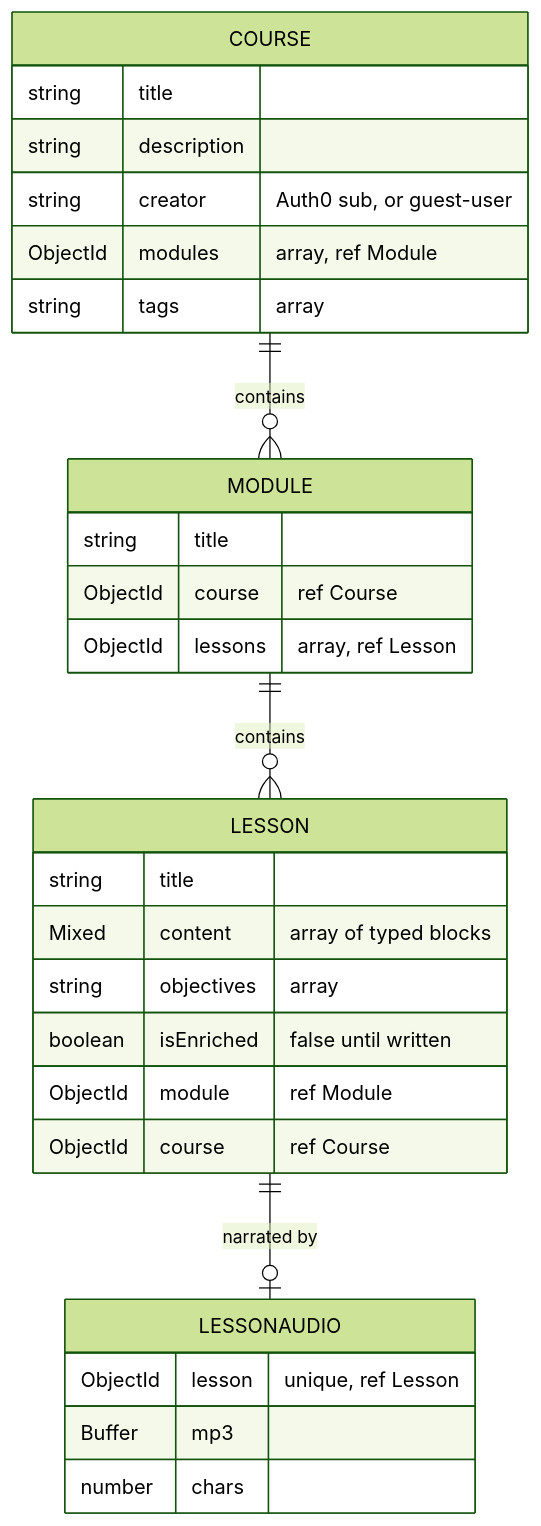
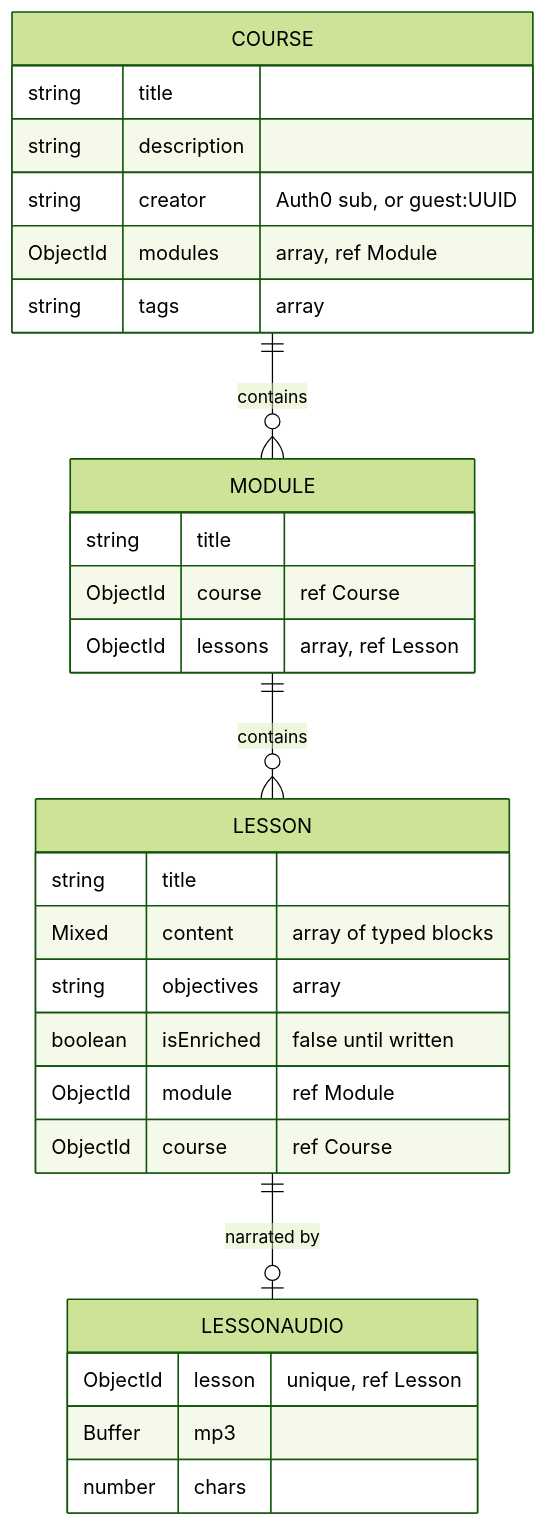
The third of 3 diagrams in README.md (JaganPokala/LearnSmith), drawn with Mermaid (forest theme) before and after one commit. The commit also changed other lines of this file and 33 other files, not shown here.

````diff
--- a/README.md
+++ b/README.md
@@ -103,32 +103,32 @@
 ```mermaid
 erDiagram
     COURSE ||--o{ MODULE : contains
     MODULE ||--o{ LESSON : contains
     LESSON ||--o| LESSONAUDIO : "narrated by"
 
     COURSE {
         string   title
         string   description
-        string   creator "Auth0 sub, or guest-user"
+        string   creator "Auth0 sub, or guest:UUID"
         ObjectId modules "array, ref Module"
         string   tags "array"
     }
     MODULE {
         string   title
         ObjectId course "ref Course"
         ObjectId lessons "array, ref Lesson"
     }
     LESSON {
         string   title
         Mixed    content "array of typed blocks"
         string   objectives "array"
         boolean  isEnriched "false until written"
         ObjectId module "ref Module"
         ObjectId course "ref Course"
     }
     LESSONAUDIO {
         ObjectId lesson "unique, ref Lesson"
         Buffer   mp3
         number   chars
     }
 ```
````
